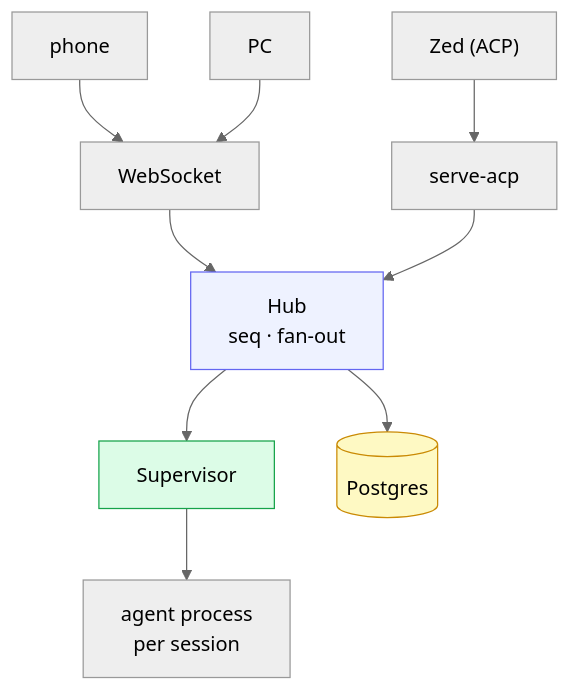
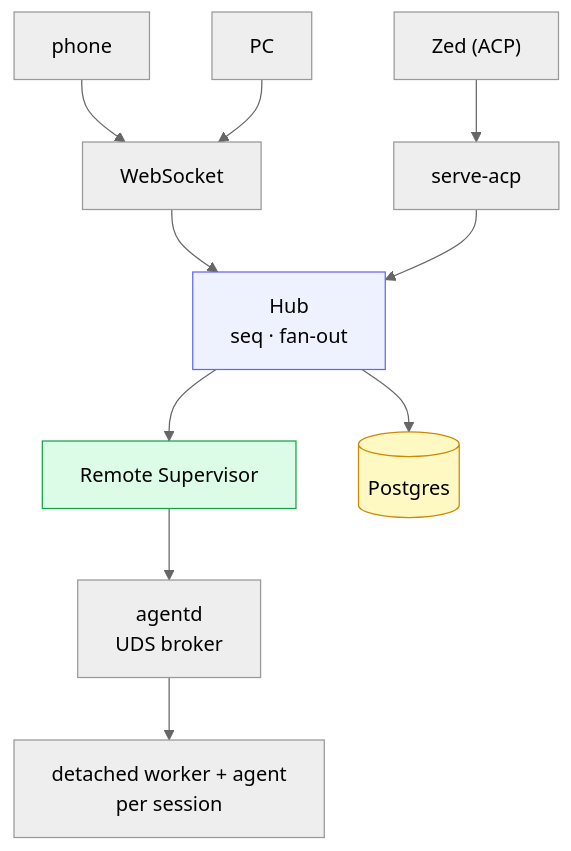
Before and after one commit to dravengarden/cowboy: the first of 2 diagrams in docs/architecture/00-overview.md, drawn with Mermaid (neutral theme). The commit also changed other lines of this file and 30 other files, not shown here.

````diff
--- a/docs/architecture/00-overview.md
+++ b/docs/architecture/00-overview.md
@@ -35,15 +36,16 @@
 ```mermaid
 flowchart TB
     PH["phone"] --> WS
     PC["PC"] --> WS
     ZED["Zed (ACP)"] --> ACPF["serve-acp"]
     WS["WebSocket"] --> HUB
     ACPF --> HUB
-    HUB["Hub<br/>seq · fan-out"] --> SUP["Supervisor"]
+    HUB["Hub<br/>seq · fan-out"] --> SUP["Remote Supervisor"]
     HUB --> PG[("Postgres")]
-    SUP --> AG["agent process<br/>per session"]
+    SUP --> AD["agentd<br/>UDS broker"]
+    AD --> AG["detached worker + agent<br/>per session"]
 
     style HUB fill:#eef2ff,stroke:#6366f1
     style SUP fill:#dcfce7,stroke:#16a34a
     style PG fill:#fef9c3,stroke:#ca8a04
 ```
````
